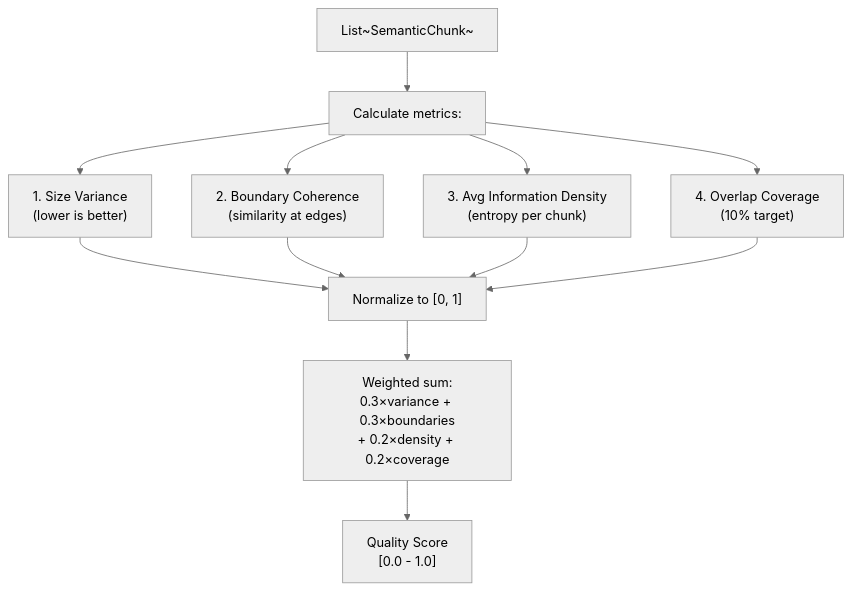
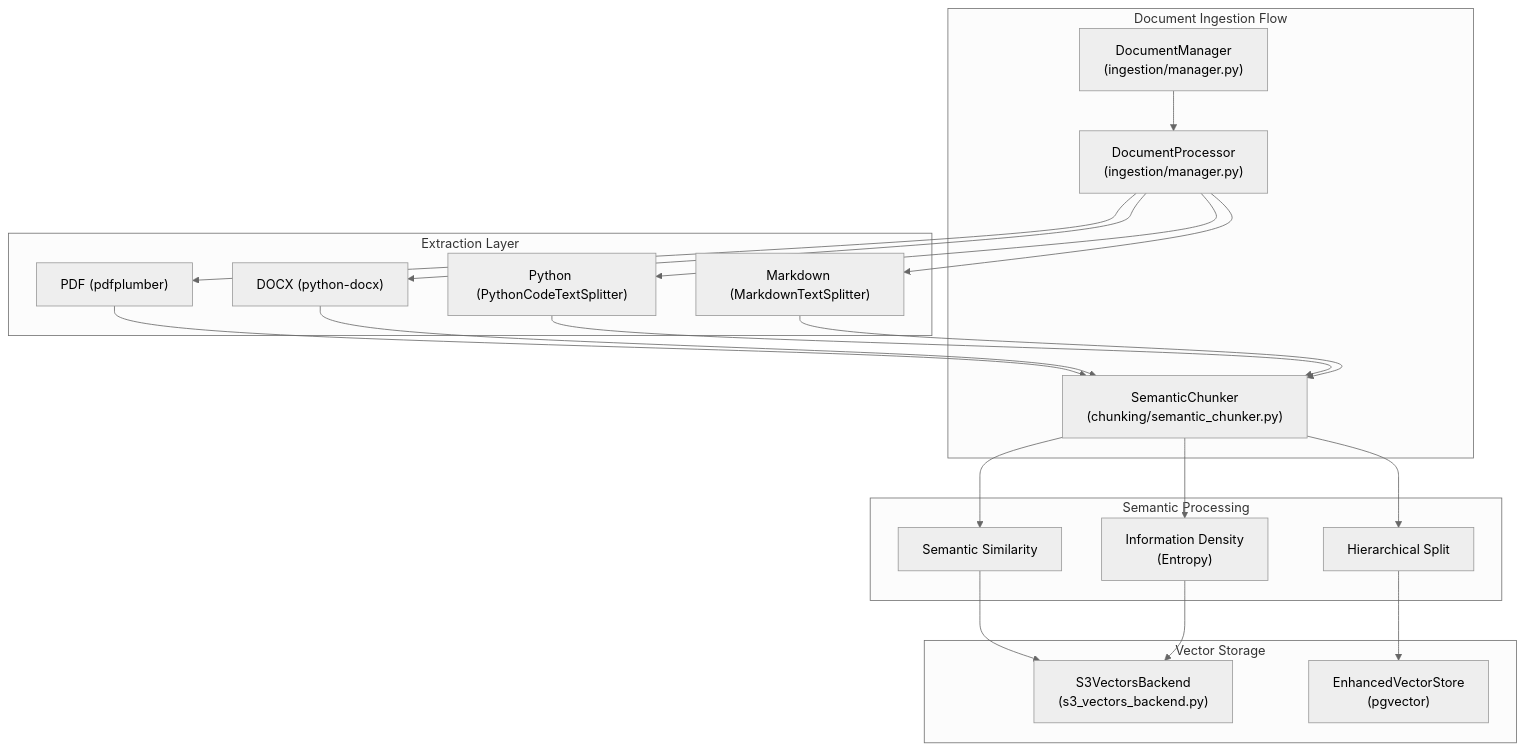
Before and after one commit to AutomatosAI/automatos-ai: the first of 3 diagrams in docs/knowledge-base-rag/semantic-chunking-strategies.md, drawn with Mermaid (neutral theme). The commit also changed other lines of this file and 149 other files, not shown here.

Commit message:
docs: refresh documentation with graphify semantic scan

````diff
--- a/docs/knowledge-base-rag/semantic-chunking-strategies.md
+++ b/docs/knowledge-base-rag/semantic-chunking-strategies.md
@@ -558,18 +38,45 @@
 ```mermaid
 graph TB
-    Chunks["List~SemanticChunk~"] --> Metrics["Calculate metrics:"]
+    subgraph "Document Ingestion Flow"
+        DocManager["DocumentManager<br/>(ingestion/manager.py)"]
+        Proc["DocumentProcessor<br/>(ingestion/manager.py)"]
+        SChunker["SemanticChunker<br/>(chunking/semantic_chunker.py)"]
+    end
     
-    Metrics --> Variance["1. Size Variance<br/>(lower is better)"]
-    Metrics --> Boundaries["2. Boundary Coherence<br/>(similarity at edges)"]
-    Metrics --> Density["3. Avg Information Density<br/>(entropy per chunk)"]
-    Metrics --> Coverage["4. Overlap Coverage<br/>(10% target)"]
+    subgraph "Extraction Layer"
+        PDF["PDF (pdfplumber)"]
+        DOCX["DOCX (python-docx)"]
+        CODE["Python (PythonCodeTextSplitter)"]
+        MD["Markdown (MarkdownTextSplitter)"]
+    end
+
+    subgraph "Semantic Processing"
+        Sim["Semantic Similarity"]
+        Entropy["Information Density<br/>(Entropy)"]
+        Hier["Hierarchical Split"]
+    end
+
+    subgraph "Vector Storage"
+        S3V["S3VectorsBackend<br/>(s3_vectors_backend.py)"]
+        PGV["EnhancedVectorStore<br/>(pgvector)"]
+    end
+
+    DocManager --> Proc
+    Proc --> PDF
+    Proc --> DOCX
+    Proc --> CODE
+    Proc --> MD
     
-    Variance --> Normalize["Normalize to [0, 1]"]
-    Boundaries --> Normalize
-    Density --> Normalize
-    Coverage --> Normalize
+    PDF --> SChunker
+    DOCX --> SChunker
+    CODE --> SChunker
+    MD --> SChunker
     
-    Normalize --> Weight["Weighted sum:<br/>0.3×variance + 0.3×boundaries<br/>+ 0.2×density + 0.2×coverage"]
+    SChunker --> Sim
+    SChunker --> Entropy
+    SChunker --> Hier
     
-    Weight --> FinalScore["Quality Score<br/>[0.0 - 1.0]"]
+    Sim --> S3V
+    Entropy --> S3V
+    Hier --> PGV
 ```
````
